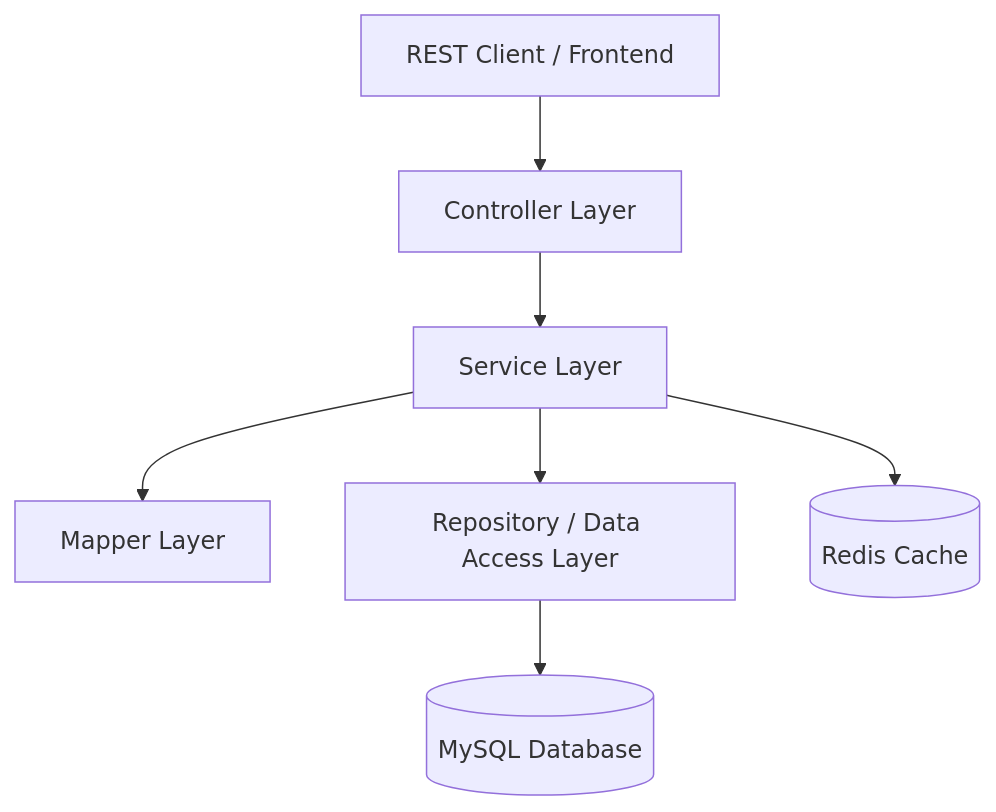
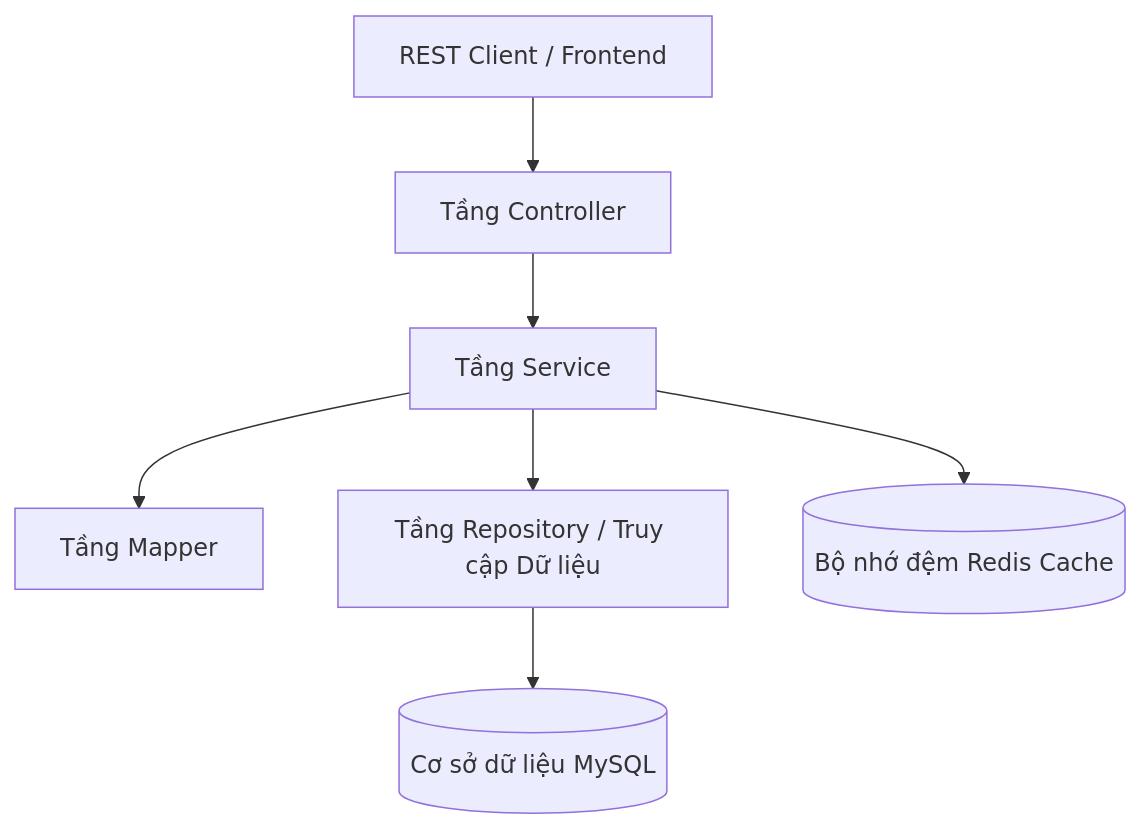
One commit to NguyenNhatUS/SmartBank changed the diagram in project_review.md. Above: the diagram before and after it, drawn with Mermaid. The commit also changed other lines of this file and 1 other file, not shown here.

Commit message:
chore: ignore project_review.md in git repository

````diff
--- a/project_review.md
+++ b/project_review.md
@@ -26,9 +26,9 @@
 ```mermaid
 graph TD
-    Client[REST Client / Frontend] --> Controllers[Controller Layer]
-    Controllers --> Services[Service Layer]
-    Services --> Mappers[Mapper Layer]
-    Services --> Repositories[Repository / Data Access Layer]
-    Repositories --> Database[(MySQL Database)]
-    Services --> Cache[(Redis Cache)]
+    Client[REST Client / Frontend] --> Controllers[Tầng Controller]
+    Controllers --> Services[Tầng Service]
+    Services --> Mappers[Tầng Mapper]
+    Services --> Repositories[Tầng Repository / Truy cập Dữ liệu]
+    Repositories --> Database[(Cơ sở dữ liệu MySQL)]
+    Services --> Cache[(Bộ nhớ đệm Redis Cache)]
 ```
````
